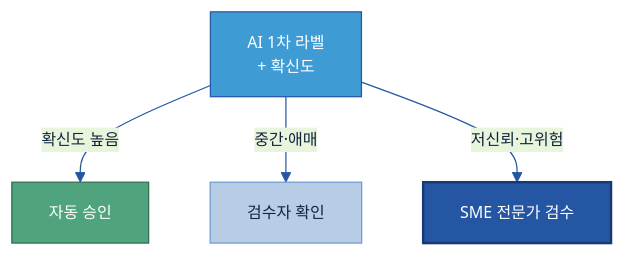
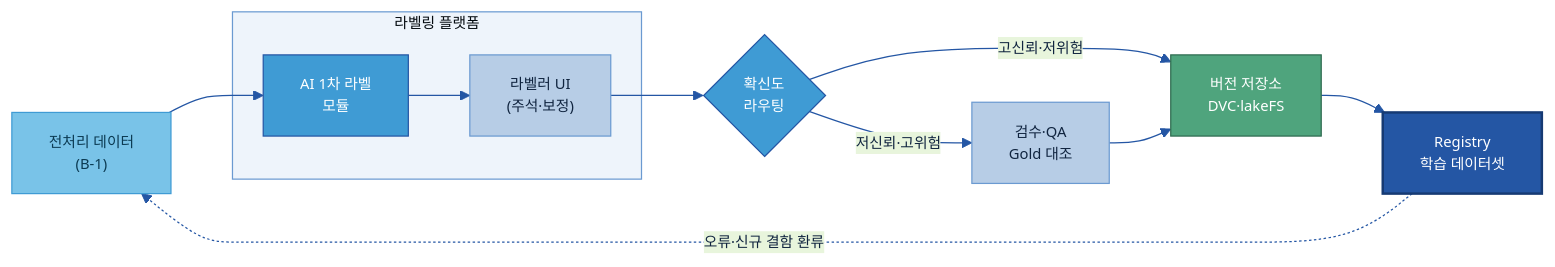
Before and after one commit to jin-kearney/ai-ready-data-manual: the fifth of 6 diagrams in 가이드 작성/B-2 데이터 해설·주석/B-2 데이터 해설·주석.md, drawn with Mermaid. The commit also changed other lines of this file and 1 other file, not shown here.

````diff
--- a/가이드 작성/B-2 데이터 해설·주석/B-2 데이터 해설·주석.md
+++ b/가이드 작성/B-2 데이터 해설·주석/B-2 데이터 해설·주석.md
@@ -678,12 +522,23 @@
 ```mermaid
-%%{init: {'theme':'base','themeVariables':{'primaryColor':'#DCE8F5','primaryBorderColor':'#2456A4','primaryTextColor':'#10243f','lineColor':'#2456A4','fontSize':'13px'}}}%%
-flowchart TB
-    AI["AI 1차 라벨<br/>+ 확신도"]:::gate
-    AI -->|확신도 높음| AUTO["자동 승인"]:::loop
-    AI -->|중간·애매| REV["검수자 확인"]:::n
-    AI -->|저신뢰·고위험| SME["SME 전문가 검수"]:::cat
+%%{init: {'theme':'base','themeVariables':{'primaryColor':'#DCE8F5','primaryBorderColor':'#2456A4','primaryTextColor':'#10243f','lineColor':'#2456A4','clusterBkg':'#EEF4FB','clusterBorder':'#6B9AD1','fontSize':'12px'}}}%%
+flowchart LR
+    IN["전처리 데이터<br/>(B-1)"]:::src
+    subgraph PLT["라벨링 플랫폼"]
+      PRE["AI 1차 라벨<br/>모듈"]:::gate
+      UI["라벨러 UI<br/>(주석·보정)"]:::n
+    end
+    RT{"확신도<br/>라우팅"}:::gate
+    QA["검수·QA<br/>Gold 대조"]:::n
+    VER["버전 저장소<br/>DVC·lakeFS"]:::loop
+    REG["Registry<br/>학습 데이터셋"]:::cat
+    IN --> PRE --> UI --> RT
+    RT -->|저신뢰·고위험| QA
+    RT -->|고신뢰·저위험| VER
+    QA --> VER --> REG
+    REG -.오류·신규 결함 환류.-> IN
     classDef n fill:#B7CDE6,stroke:#6B9AD1,color:#10243f;
+    classDef src fill:#79C3E8,stroke:#3F9BD4,color:#0b3a52;
     classDef cat fill:#2456A4,color:#fff,stroke:#163a73,stroke-width:2px;
     classDef gate fill:#3F9BD4,stroke:#2456A4,color:#fff;
     classDef loop fill:#4FA47D,stroke:#2f6b50,color:#fff;
 ```
````
